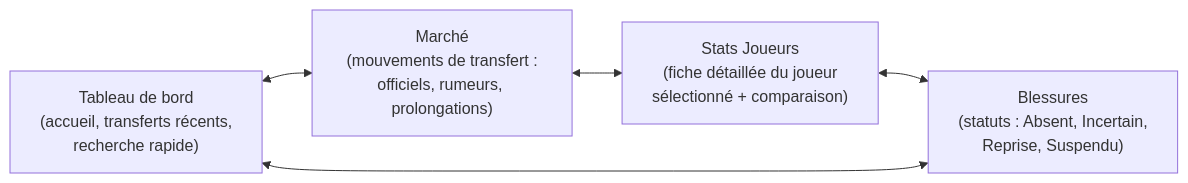
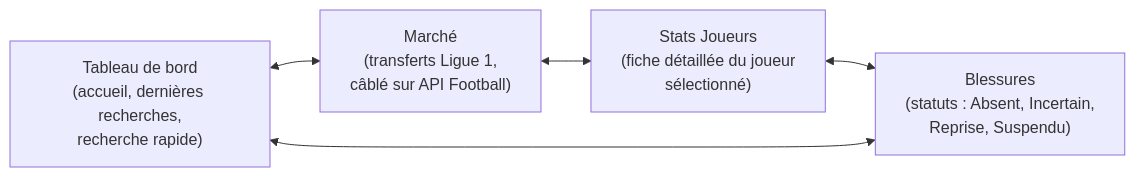
One commit to Jetromix78000/mpg-companion changed the third of 3 diagrams in README.md. Above: the diagram before and after it, drawn with Mermaid. The commit also changed other lines of this file and 6 other files, not shown here.

````diff
--- a/README.md
+++ b/README.md
@@ -142,12 +144,12 @@
 ```mermaid
 flowchart LR
-    Dashboard["Tableau de bord\n(accueil, transferts récents,\nrecherche rapide)"]
-    Market["Marché\n(mouvements de transfert :\nofficiels, rumeurs, prolongations)"]
-    Stats["Stats Joueurs\n(fiche détaillée du joueur\nsélectionné + comparaison)"]
+    Dashboard["Tableau de bord\n(accueil, dernières recherches,\nrecherche rapide)"]
+    Market["Marché\n(transferts Ligue 1,\ncâblé sur API Football)"]
+    Stats["Stats Joueurs\n(fiche détaillée du joueur\nsélectionné)"]
     Injuries["Blessures\n(statuts : Absent, Incertain,\nReprise, Suspendu)"]
 
     Dashboard <--> Market
     Market <--> Stats
     Stats <--> Injuries
     Injuries <--> Dashboard
 ```
````
